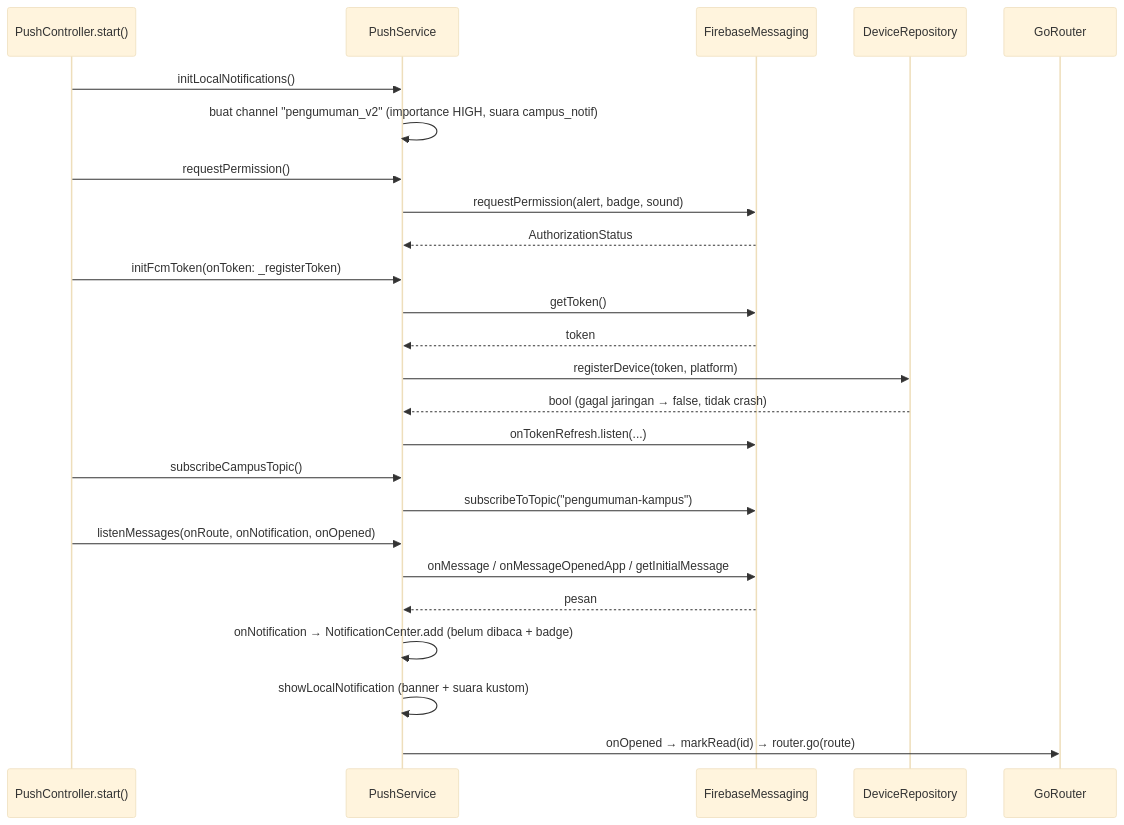
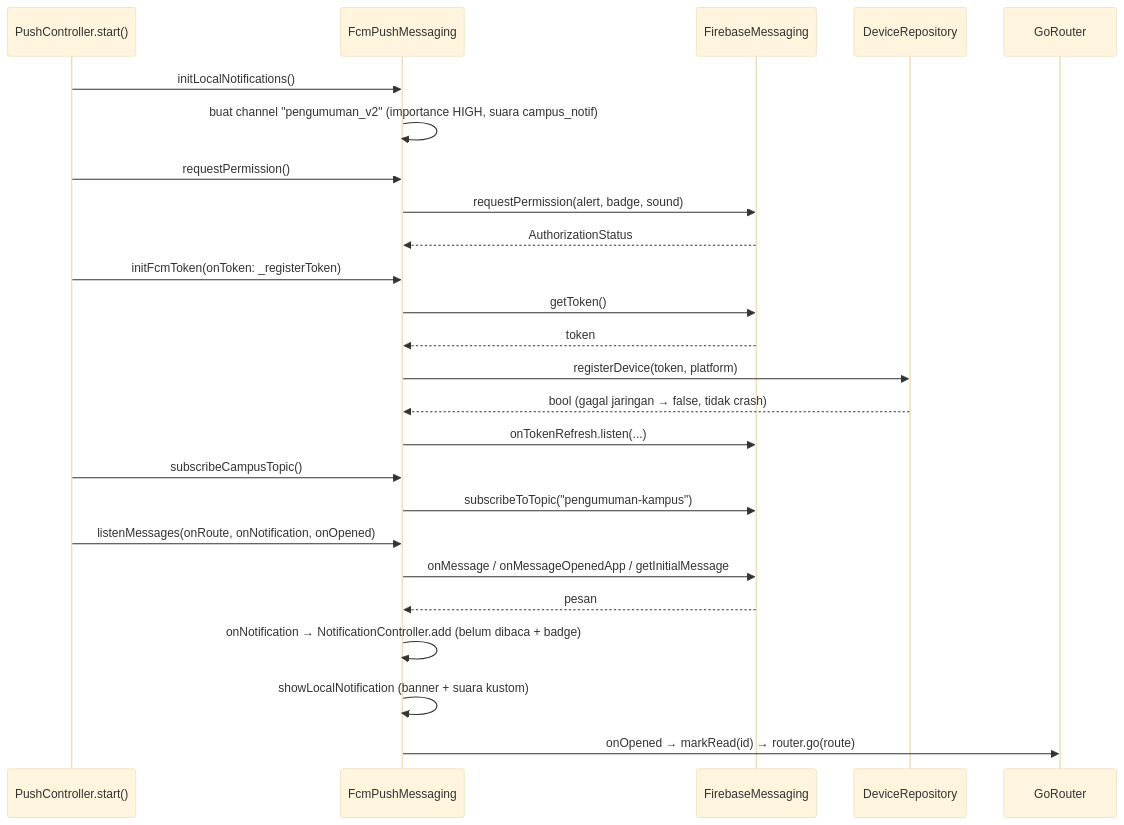
One commit to HooroBoy/244107020132-mobile-course changed the sixth of 9 diagrams in Week10/campusnotif/docs/arsitektur.md. Above: the diagram before and after it, drawn with Mermaid (base theme). The commit also changed other lines of this file and 84 other files, not shown here.

````diff
--- a/Week10/campusnotif/docs/arsitektur.md
+++ b/Week10/campusnotif/docs/arsitektur.md
@@ -279,28 +289,28 @@
 ```mermaid
 sequenceDiagram
   participant APP as PushController.start()
-  participant PS as PushService
+  participant PS as FcmPushMessaging
   participant FCM as FirebaseMessaging
   participant DR as DeviceRepository
   participant R as GoRouter
 
   APP->>PS: initLocalNotifications()
   PS->>PS: buat channel "pengumuman_v2" (importance HIGH, suara campus_notif)
   APP->>PS: requestPermission()
   PS->>FCM: requestPermission(alert, badge, sound)
   FCM-->>PS: AuthorizationStatus
   APP->>PS: initFcmToken(onToken: _registerToken)
   PS->>FCM: getToken()
   FCM-->>PS: token
   PS->>DR: registerDevice(token, platform)
   DR-->>PS: bool (gagal jaringan → false, tidak crash)
   PS->>FCM: onTokenRefresh.listen(...)
   APP->>PS: subscribeCampusTopic()
   PS->>FCM: subscribeToTopic("pengumuman-kampus")
   APP->>PS: listenMessages(onRoute, onNotification, onOpened)
   PS->>FCM: onMessage / onMessageOpenedApp / getInitialMessage
   FCM-->>PS: pesan
-  PS->>PS: onNotification → NotificationCenter.add (belum dibaca + badge)
+  PS->>PS: onNotification → NotificationController.add (belum dibaca + badge)
   PS->>PS: showLocalNotification (banner + suara kustom)
   PS->>R: onOpened → markRead(id) → router.go(route)
 ```
````
